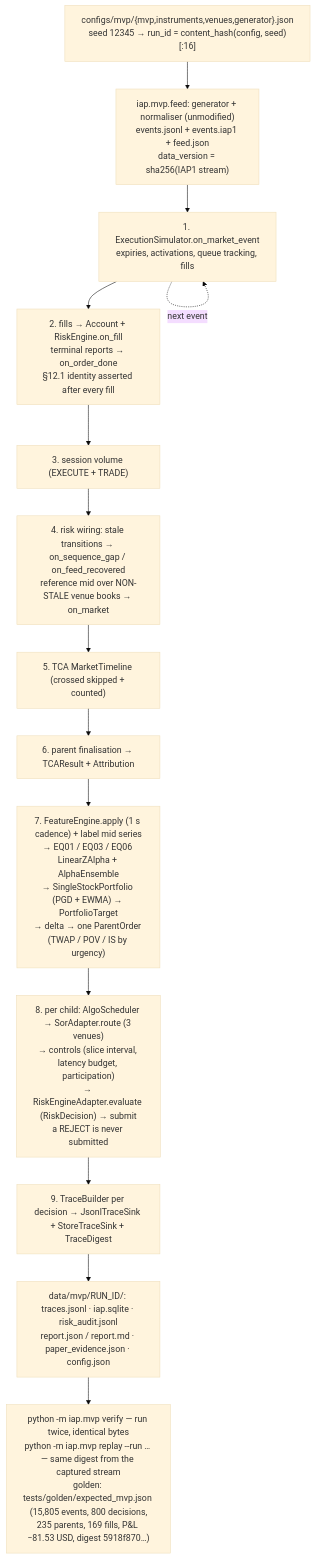
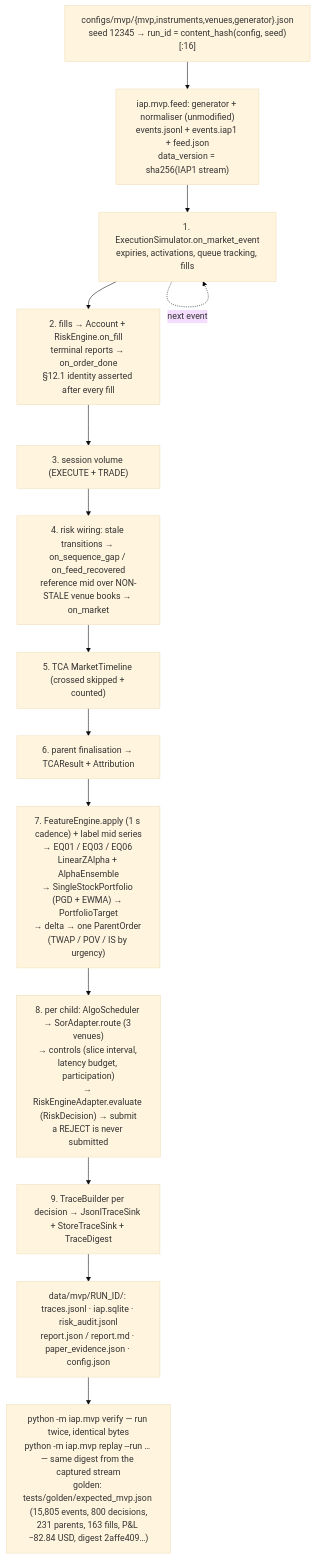
Before and after one commit to AshJha0/intraday-alpha-platform: the diagram in docs/diagrams/mvp_loop.mmd, drawn with Mermaid (base theme). The commit also changed 15 other files, not shown here.

Commit message:
release: MVP headline numbers (231 parents / 163 fills / -82.84 USD, digest 2affe409) and rust 362 / java 575 in prose

```diff
--- a/docs/diagrams/mvp_loop.mmd
+++ b/docs/diagrams/mvp_loop.mmd
@@ -1,15 +1,15 @@
 flowchart TD
     %% python -m iap.mvp run — docs/MVP.md §3; per-event order of MvpEngine.on_event.
     CFG["configs/mvp/{mvp,instruments,venues,generator}.json<br/>seed 12345 → run_id = content_hash(config, seed)[:16]"] --> FEED["iap.mvp.feed: generator + normaliser (unmodified)<br/>events.jsonl + events.iap1 + feed.json<br/>data_version = sha256(IAP1 stream)"]
     FEED --> SIM["1. ExecutionSimulator.on_market_event<br/>expiries, activations, queue tracking, fills"]
     SIM --> ACC["2. fills → Account + RiskEngine.on_fill<br/>terminal reports → on_order_done<br/>§12.1 identity asserted after every fill"]
     ACC --> VOL["3. session volume (EXECUTE + TRADE)"]
     VOL --> MARK["4. risk wiring: stale transitions → on_sequence_gap / on_feed_recovered<br/>reference mid over NON-STALE venue books → on_market"]
     MARK --> TL["5. TCA MarketTimeline (crossed skipped + counted)"]
     TL --> FIN["6. parent finalisation → TCAResult + Attribution"]
     FIN --> FEAT["7. FeatureEngine.apply (1 s cadence) + label mid series<br/>→ EQ01 / EQ03 / EQ06 LinearZAlpha + AlphaEnsemble<br/>→ SingleStockPortfolio (PGD + EWMA) → PortfolioTarget<br/>→ delta → one ParentOrder (TWAP / POV / IS by urgency)"]
     FEAT --> CHILD["8. per child: AlgoScheduler → SorAdapter.route (3 venues)<br/>→ controls (slice interval, latency budget, participation)<br/>→ RiskEngineAdapter.evaluate (RiskDecision) → submit<br/>a REJECT is never submitted"]
     CHILD --> TRACE["9. TraceBuilder per decision → JsonlTraceSink + StoreTraceSink + TraceDigest"]
     TRACE --> OUT["data/mvp/RUN_ID/: traces.jsonl · iap.sqlite · risk_audit.jsonl<br/>report.json / report.md · paper_evidence.json · config.json"]
-    OUT --> VERIFY["python -m iap.mvp verify — run twice, identical bytes<br/>python -m iap.mvp replay --run … — same digest from the captured stream<br/>golden: tests/golden/expected_mvp.json (15,805 events, 800 decisions,<br/>235 parents, 169 fills, P&L −81.53 USD, digest 5918f870…)"]
+    OUT --> VERIFY["python -m iap.mvp verify — run twice, identical bytes<br/>python -m iap.mvp replay --run … — same digest from the captured stream<br/>golden: tests/golden/expected_mvp.json (15,805 events, 800 decisions,<br/>231 parents, 163 fills, P&L −82.84 USD, digest 2affe409…)"]
     SIM -. "next event" .-> SIM
```
